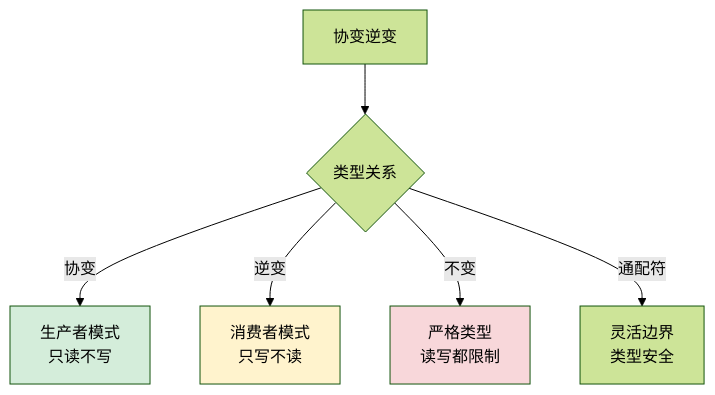
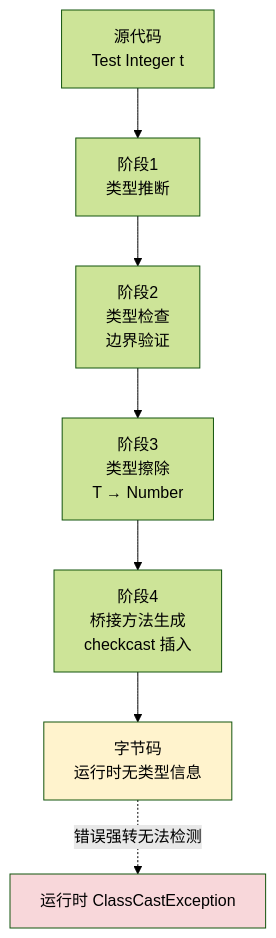
One commit to chongyang211/YCBookBlog changed diagram 16 of 28 in 00.通用技术的提升/02.程序编程原理/04.泛型设计灵魂思想.md. Above: the diagram before and after it, drawn with Mermaid (forest theme). The commit also changed other lines of this file and 6 other files, not shown here.

````diff
--- a/00.通用技术的提升/02.程序编程原理/04.泛型设计灵魂思想.md
+++ b/00.通用技术的提升/02.程序编程原理/04.泛型设计灵魂思想.md
@@ -907,12 +1341,14 @@
 ```mermaid
-graph TB
-    A[协变逆变] --> B{类型关系}
-    B -->|协变| C[生产者模式<br/>只读不写]
-    B -->|逆变| D[消费者模式<br/>只写不读]
-    B -->|不变| E[严格类型<br/>读写都限制]
-    B -->|通配符| F[灵活边界<br/>类型安全]
+flowchart TD
+    A[源代码<br/>Test Integer t] --> B[阶段1<br/>类型推断]
+    B --> C[阶段2<br/>类型检查<br/>边界验证]
+    C --> D[阶段3<br/>类型擦除<br/>T → Number]
+    D --> E[阶段4<br/>桥接方法生成<br/>checkcast 插入]
+    E --> F[字节码<br/>运行时无类型信息]
     
-    style C fill:#d4edda
-    style D fill:#fff3cd
-    style E fill:#f8d7da
+    G[运行时 ClassCastException]
+    F -.错误强转无法检测.-> G
+    
+    style F fill:#fff3cd
+    style G fill:#f8d7da
 ```
````
